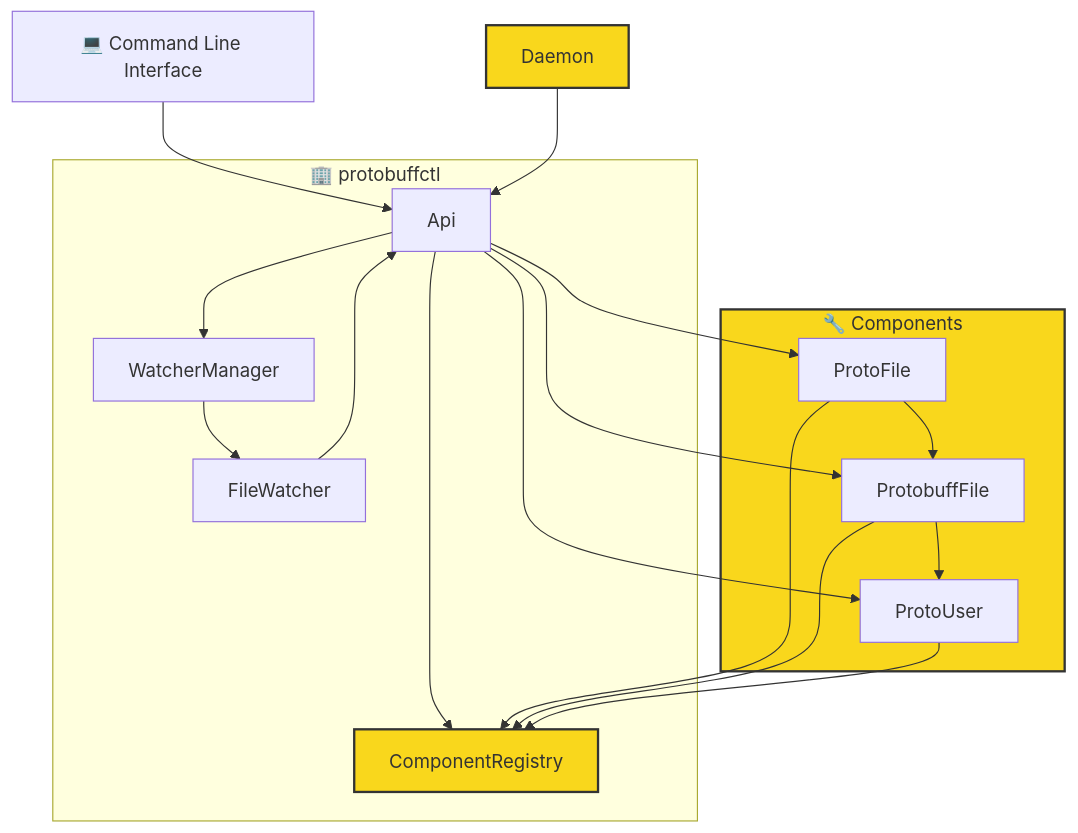
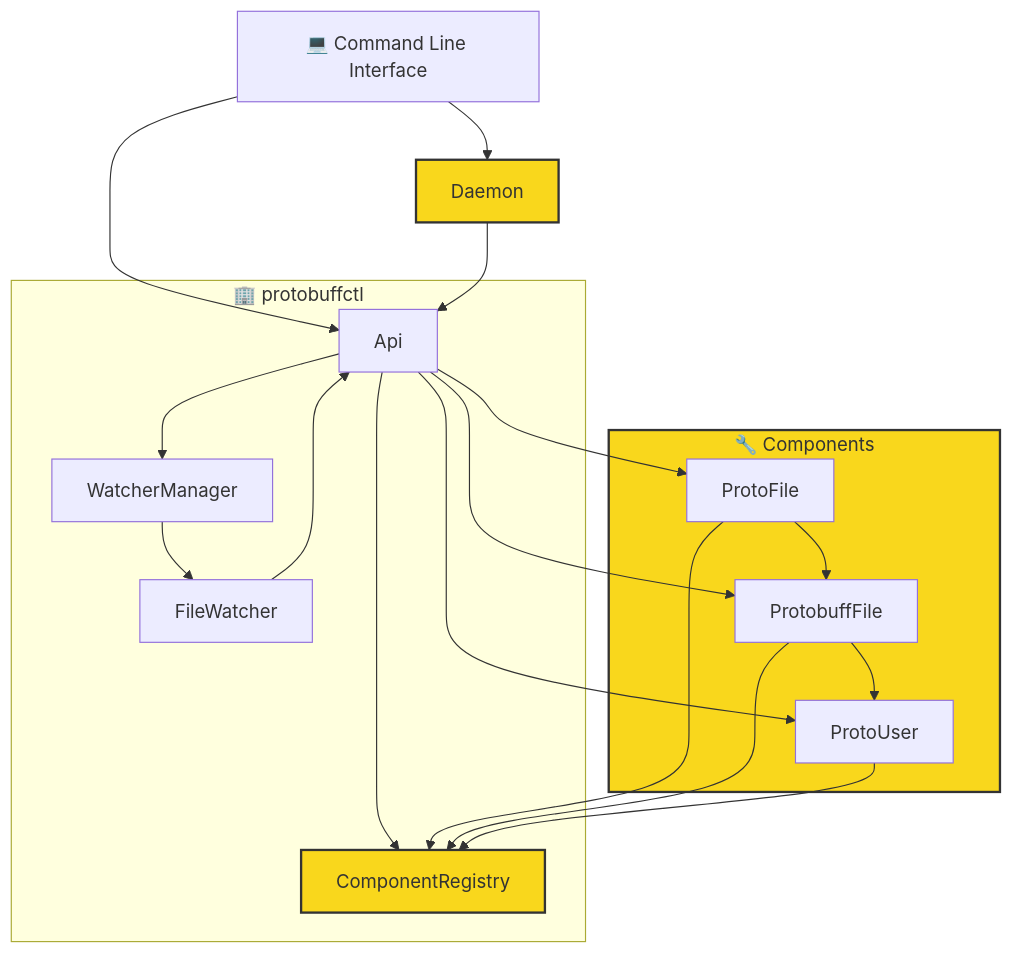
Before and after one commit to ji-podhead/protobuffctl: the diagram in README.md, drawn with Mermaid.

````diff
--- a/README.md
+++ b/README.md
@@ -13,34 +13,35 @@
 ```mermaid
 graph TD;
     CLI["💻 Command Line Interface"]-->Api;
+CLI["💻 Command Line Interface"]-->Daemon;
     Api-->WatcherManager;
     Api-->ComponentRegistry;
     WatcherManager-->FileWatcher;
     FileWatcher-->Api;
     Api-->ProtobuffFile;
     Api-->ProtoUser;
     Api-->ProtoFile;
     ProtoFile-->ProtobuffFile;
     ProtoFile-->ComponentRegistry;
     ProtobuffFile-->ProtoUser;
     ProtobuffFile-->ComponentRegistry;
     ProtoUser-->ComponentRegistry;
   Daemon-->Api;
     subgraph protobuffctl [🏢 protobuffctl]
         Api;
         WatcherManager;
         FileWatcher;
         ComponentRegistry;
     end
     subgraph components [🔧 Components]
         ProtoFile;
         ProtobuffFile;
         ProtoUser;
     end
     style components fill:#f9d71c,stroke:#333,stroke-width:2px
     style ComponentRegistry fill:#f9d71c,stroke:#333,stroke-width:2px
     style components fill:#f9d71c,stroke:#333,stroke-width:2px
     style ComponentRegistry fill:#f9d71c,stroke:#333,stroke-width:2px
     style Daemon fill:#f9d71c,stroke:#333,stroke-width:2px
 
 ```
````
